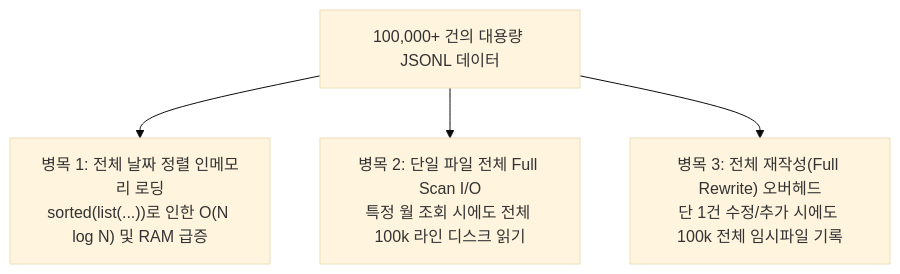
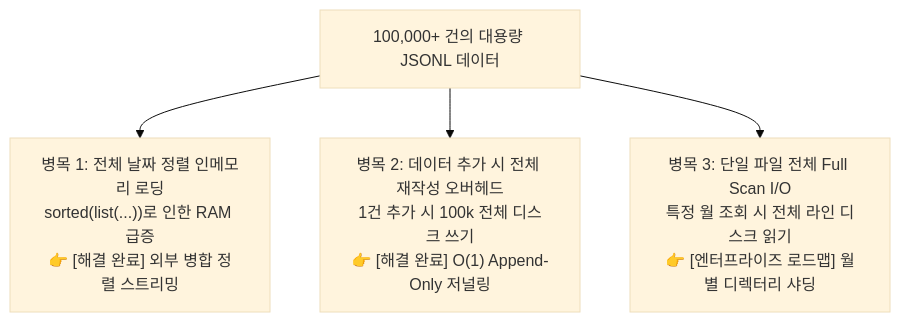
The first of 2 diagrams in docs/LARGE_SCALE_ANALYSIS.md (ChoMyeongHwan/console-pocket-book), drawn with Mermaid (base theme) before and after one commit. The commit also changed other lines of this file and 6 other files, not shown here.

````diff
--- a/docs/LARGE_SCALE_ANALYSIS.md
+++ b/docs/LARGE_SCALE_ANALYSIS.md
@@ -11,6 +11,6 @@
 ```mermaid
 graph TD
-    A["100,000+ 건의 대용량 JSONL 데이터"] --> B["병목 1: 전체 날짜 정렬 인메모리 로딩<br/>sorted(list(...))로 인한 O(N log N) 및 RAM 급증"]
-    A --> C["병목 2: 단일 파일 전체 Full Scan I/O<br/>특정 월 조회 시에도 전체 100k 라인 디스크 읽기"]
-    A --> D["병목 3: 전체 재작성(Full Rewrite) 오버헤드<br/>단 1건 수정/추가 시에도 100k 전체 임시파일 기록"]
+    A["100,000+ 건의 대용량 JSONL 데이터"] --> B["병목 1: 전체 날짜 정렬 인메모리 로딩<br/>sorted(list(...))로 인한 RAM 급증<br/>👉 [해결 완료] 외부 병합 정렬 스트리밍"]
+    A --> C["병목 2: 데이터 추가 시 전체 재작성 오버헤드<br/>1건 추가 시 100k 전체 디스크 쓰기<br/>👉 [해결 완료] O(1) Append-Only 저널링"]
+    A --> D["병목 3: 단일 파일 전체 Full Scan I/O<br/>특정 월 조회 시 전체 라인 디스크 읽기<br/>👉 [엔터프라이즈 로드맵] 월별 디렉터리 샤딩"]
 ```
````
